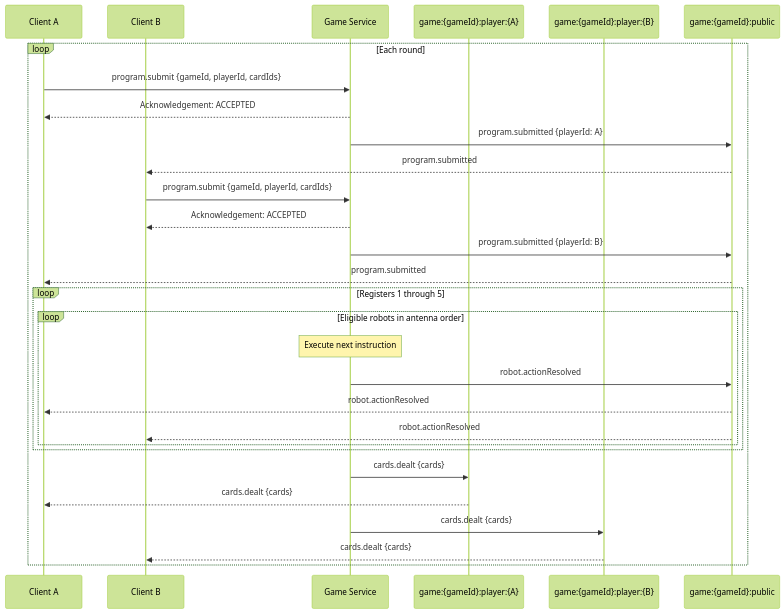
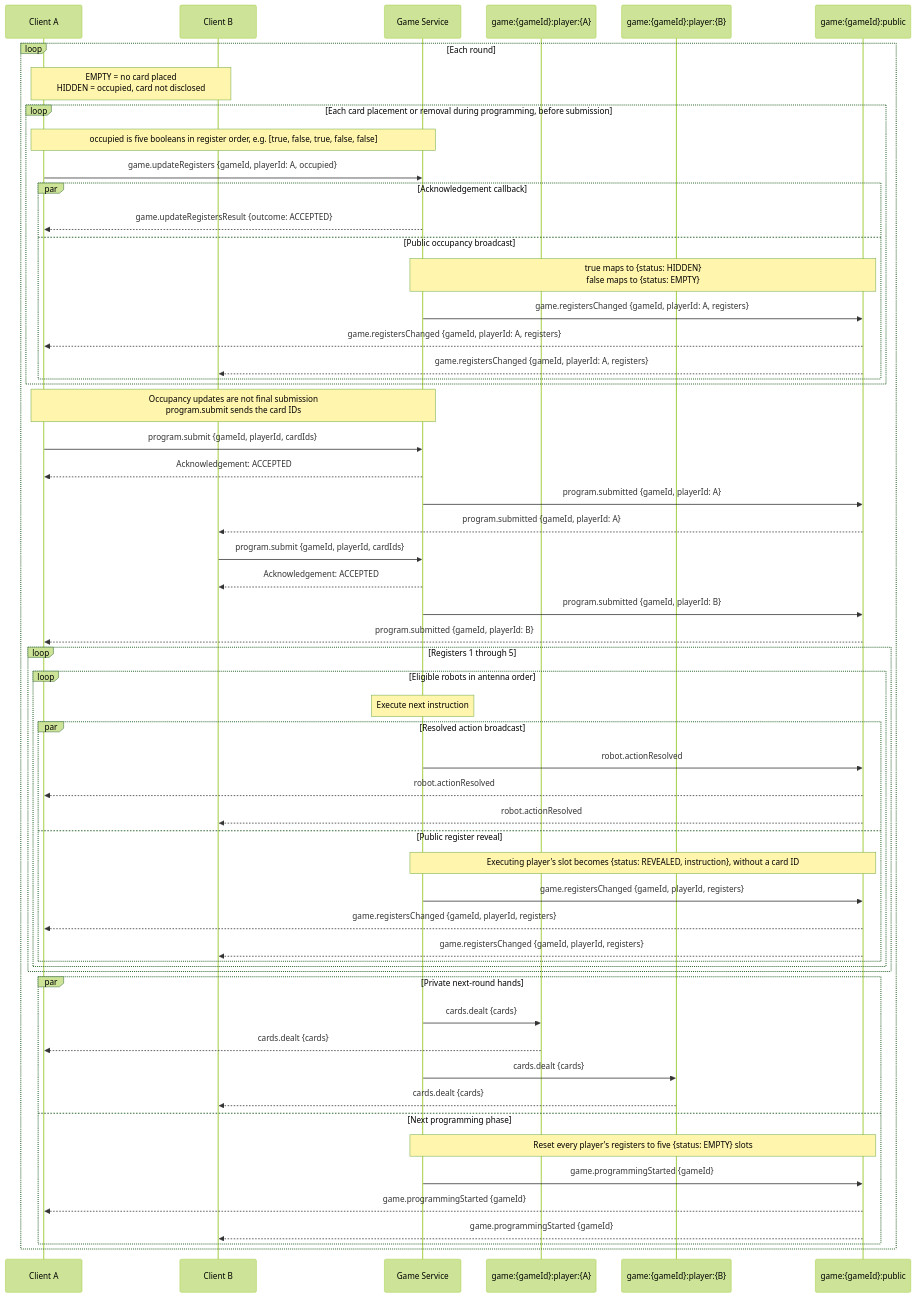
One commit to hananinas/RoboRally changed the second of 4 diagrams in docs/Communication.md. Above: the diagram before and after it, drawn with Mermaid (forest theme). The commit also changed other lines of this file, not shown here.

Commit message:
docs: extend game sequence with public register lifecycle

````diff
--- a/docs/Communication.md
+++ b/docs/Communication.md
@@ -203,34 +205,62 @@
 ```mermaid
 sequenceDiagram
     participant A as Client A
     participant B as Client B
     participant Server as Game Service
     participant PrivateA as game:{gameId}:player:{A}
     participant PrivateB as game:{gameId}:player:{B}
     participant Public as game:{gameId}:public
 
     loop Each round
+        Note over A,B: EMPTY = no card placed<br/>HIDDEN = occupied, card not disclosed
+        loop Each card placement or removal during programming, before submission
+            Note over A,Server: occupied is five booleans in register order, e.g. [true, false, true, false, false]
+            A->>Server: game.updateRegisters {gameId, playerId: A, occupied}
+            par Acknowledgement callback
+                Server-->>A: game.updateRegistersResult {outcome: ACCEPTED}
+            and Public occupancy broadcast
+                Note over Server,Public: true maps to {status: HIDDEN}<br/>false maps to {status: EMPTY}
+                Server->>Public: game.registersChanged {gameId, playerId: A, registers}
+                Public-->>A: game.registersChanged {gameId, playerId: A, registers}
+                Public-->>B: game.registersChanged {gameId, playerId: A, registers}
+            end
+        end
+        Note over A,Server: Occupancy updates are not final submission<br/>program.submit sends the card IDs
         A->>Server: program.submit {gameId, playerId, cardIds}
         Server-->>A: Acknowledgement: ACCEPTED
-        Server->>Public: program.submitted {playerId: A}
-        Public-->>B: program.submitted
+        Server->>Public: program.submitted {gameId, playerId: A}
+        Public-->>B: program.submitted {gameId, playerId: A}
 
         B->>Server: program.submit {gameId, playerId, cardIds}
         Server-->>B: Acknowledgement: ACCEPTED
-        Server->>Public: program.submitted {playerId: B}
-        Public-->>A: program.submitted
+        Server->>Public: program.submitted {gameId, playerId: B}
+        Public-->>A: program.submitted {gameId, playerId: B}
         loop Registers 1 through 5
             loop Eligible robots in antenna order
                 Note over Server: Execute next instruction
-                Server->>Public: robot.actionResolved
-                Public-->>A: robot.actionResolved
-                Public-->>B: robot.actionResolved
+                par Resolved action broadcast
+                    Server->>Public: robot.actionResolved
+                    Public-->>A: robot.actionResolved
+                    Public-->>B: robot.actionResolved
+                and Public register reveal
+                    Note over Server,Public: Executing player's slot becomes {status: REVEALED, instruction}, without a card ID
+                    Server->>Public: game.registersChanged {gameId, playerId, registers}
+                    Public-->>A: game.registersChanged {gameId, playerId, registers}
+                    Public-->>B: game.registersChanged {gameId, playerId, registers}
+                end
             end
         end
 
-        Server->>PrivateA: cards.dealt {cards}
-        PrivateA-->>A: cards.dealt {cards}
-        Server->>PrivateB: cards.dealt {cards}
-        PrivateB-->>B: cards.dealt {cards}
+        par Private next-round hands
+            Server->>PrivateA: cards.dealt {cards}
+            PrivateA-->>A: cards.dealt {cards}
+            Server->>PrivateB: cards.dealt {cards}
+            PrivateB-->>B: cards.dealt {cards}
+        and Next programming phase
+            Note over Server,Public: Reset every player's registers to five {status: EMPTY} slots
+            Server->>Public: game.programmingStarted {gameId}
+            Public-->>A: game.programmingStarted {gameId}
+            Public-->>B: game.programmingStarted {gameId}
+        end
     end
 ```
````
